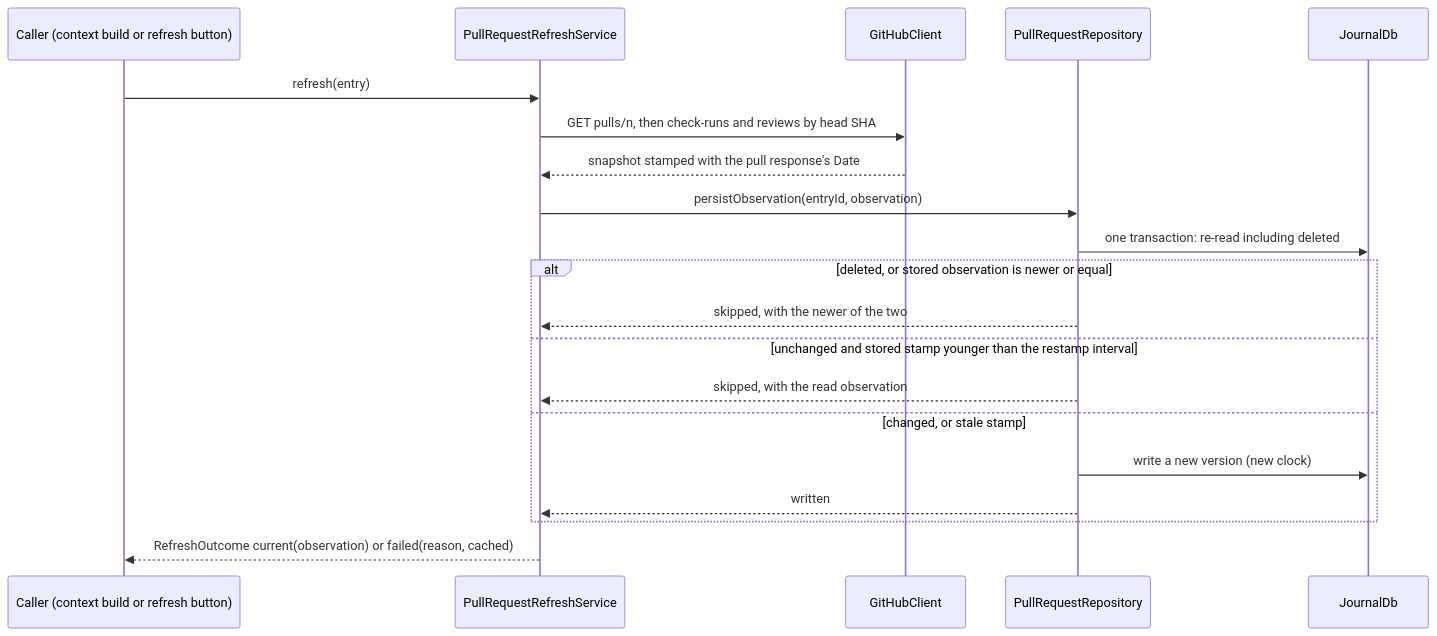
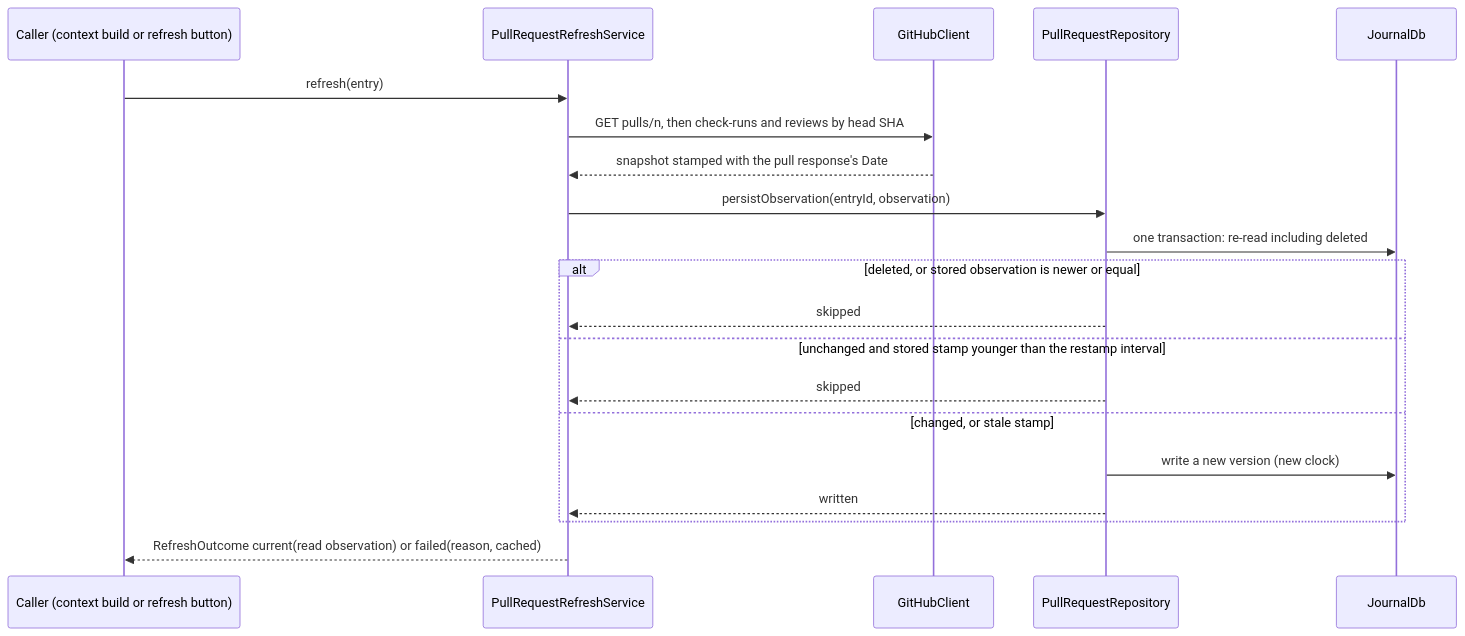
The first of 2 diagrams in knowledge/features/github.md (matthiasn/lotti), drawn with Mermaid before and after one commit. The commit also changed other lines of this file and 11 other files, not shown here.

````diff
--- a/knowledge/features/github.md
+++ b/knowledge/features/github.md
@@ -99,22 +99,22 @@
 ```mermaid
 sequenceDiagram
     participant C as Caller (context build or refresh button)
     participant S as PullRequestRefreshService
     participant G as GitHubClient
     participant R as PullRequestRepository
     participant DB as JournalDb
     C->>S: refresh(entry)
     S->>G: GET pulls/n, then check-runs and reviews by head SHA
     G-->>S: snapshot stamped with the pull response's Date
     S->>R: persistObservation(entryId, observation)
     R->>DB: one transaction: re-read including deleted
     alt deleted, or stored observation is newer or equal
-        R-->>S: skipped, with the newer of the two
+        R-->>S: skipped
     else unchanged and stored stamp younger than the restamp interval
-        R-->>S: skipped, with the read observation
+        R-->>S: skipped
     else changed, or stale stamp
         R->>DB: write a new version (new clock)
         R-->>S: written
     end
-    S-->>C: RefreshOutcome current(observation) or failed(reason, cached)
+    S-->>C: RefreshOutcome current(read observation) or failed(reason, cached)
 ```
````
